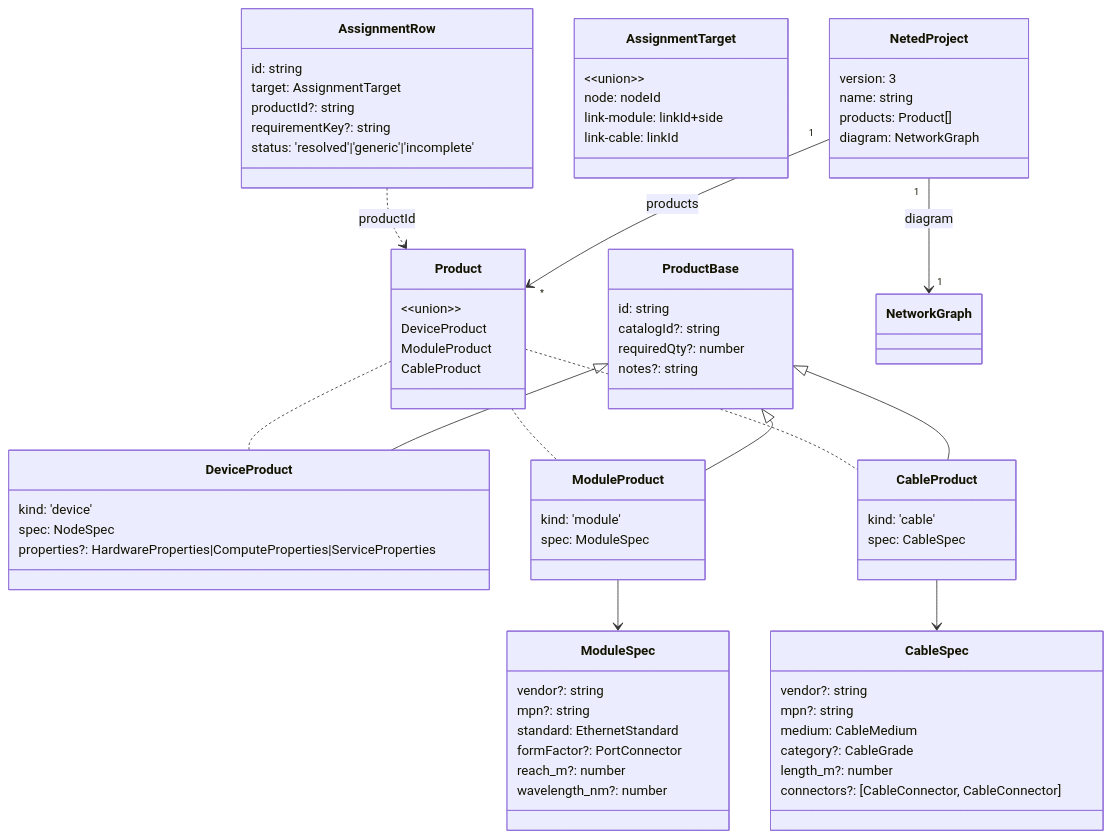
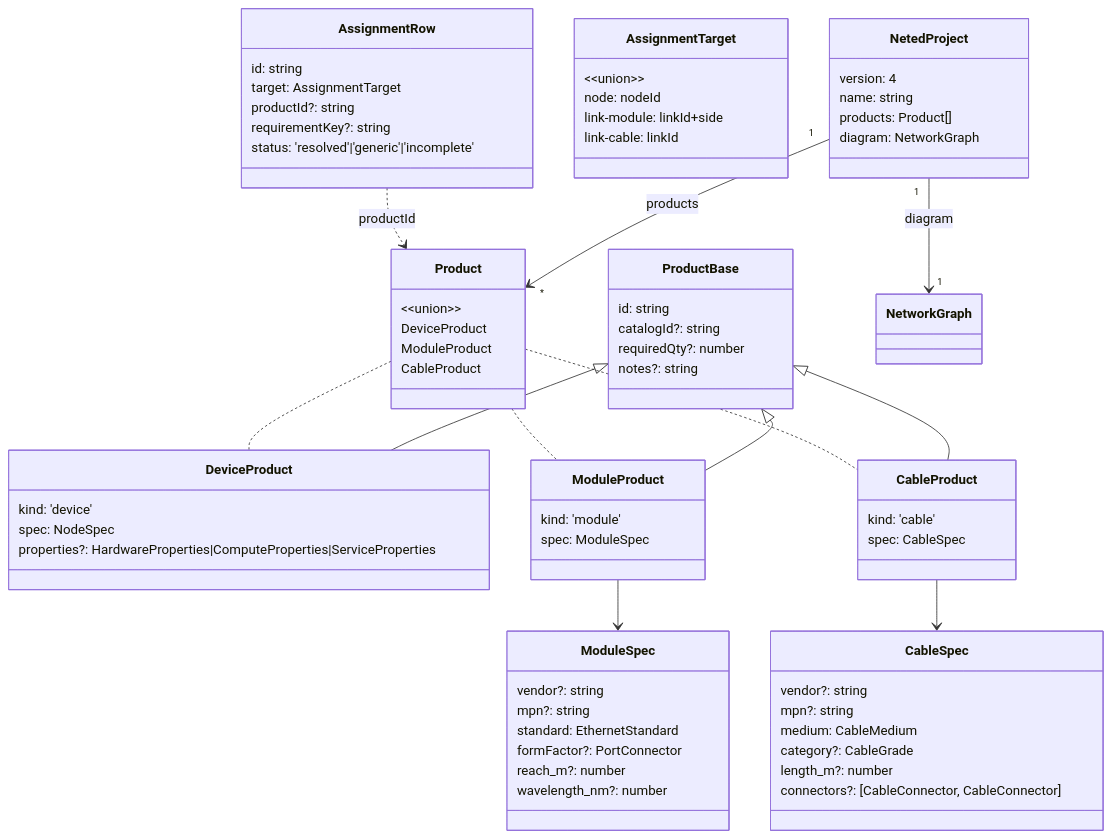
The third of 4 diagrams in apps/editor/docs/design/data-model.md (konoe-akitoshi/shumoku), drawn with Mermaid before and after one commit. The commit also changed other lines of this file and 26 other files, not shown here.

Commit message:
refactor: separate port placement and graph settings from topology

```diff
--- a/apps/editor/docs/design/data-model.md
+++ b/apps/editor/docs/design/data-model.md
@@ -208,7 +208,7 @@
   }
 
   class NetedProject {
-    version: 3
+    version: 4
     name: string
     products: Product[]
     diagram: NetworkGraph
```
